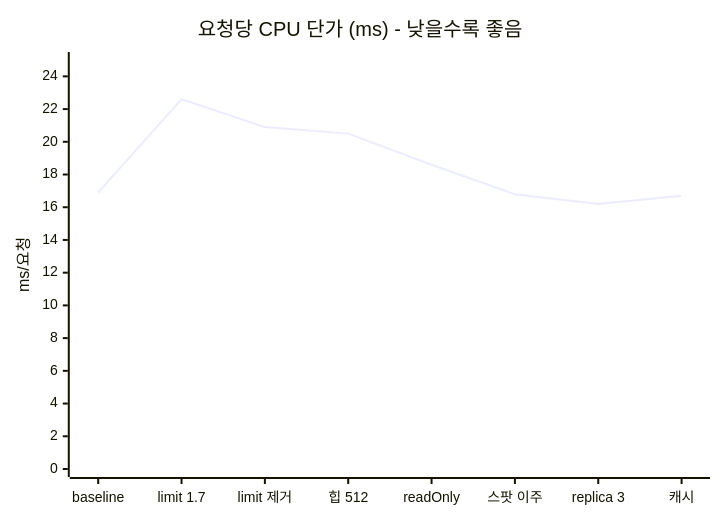
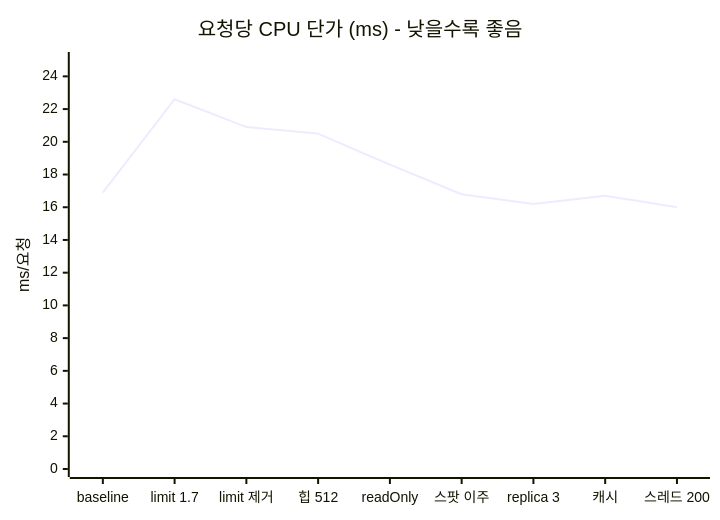
One commit to Minchae0322/yogurtte-rca-agent changed the second of 4 diagrams in autoscaling/loadtest/results/04-콘텐츠폭주/README.md. Above: the diagram before and after it, drawn with Mermaid. The commit also changed other lines of this file and 13 other files, not shown here.

````diff
--- a/autoscaling/loadtest/results/04-콘텐츠폭주/README.md
+++ b/autoscaling/loadtest/results/04-콘텐츠폭주/README.md
@@ -18,7 +18,7 @@
 ```mermaid
 xychart-beta
     title "요청당 CPU 단가 (ms) - 낮을수록 좋음"
-    x-axis ["baseline", "limit 1.7", "limit 제거", "힙 512", "readOnly", "스팟 이주", "replica 3", "캐시"]
+    x-axis ["baseline", "limit 1.7", "limit 제거", "힙 512", "readOnly", "스팟 이주", "replica 3", "캐시", "스레드 200"]
     y-axis "ms/요청" 0 --> 25
-    line [16.9, 22.6, 20.9, 20.5, 18.6, 16.8, 16.2, 16.7]
+    line [16.9, 22.6, 20.9, 20.5, 18.6, 16.8, 16.2, 16.7, 16.0]
 ```
````
